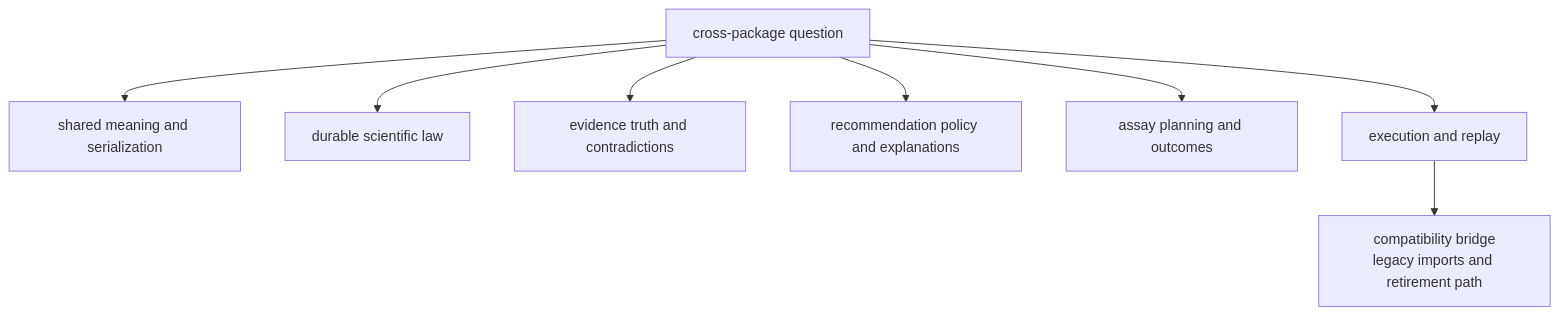
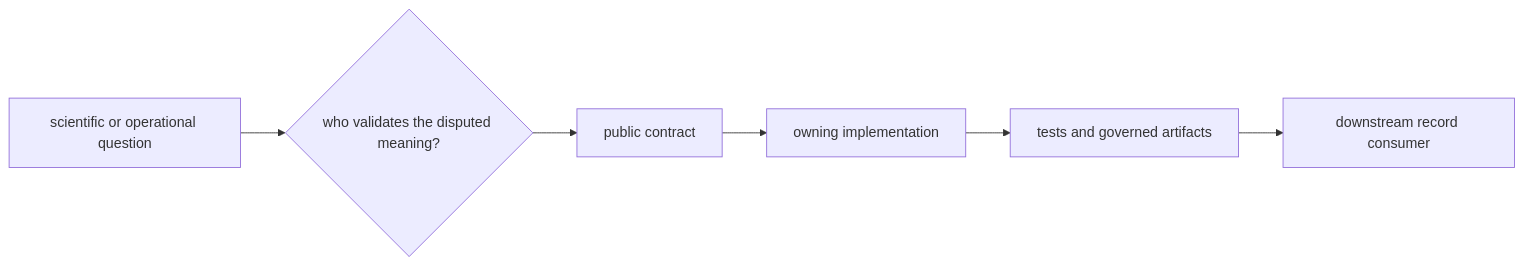
The diagram in docs/01-bijux-proteomics/foundation/package-map.md (bijux/bijux-proteomics), drawn with Mermaid before and after one commit. The commit also changed other lines of this file and 1 other file, not shown here.

Commit message:
docs(workflows): route ownership and evidence promotion

````diff
--- a/docs/01-bijux-proteomics/foundation/package-map.md
+++ b/docs/01-bijux-proteomics/foundation/package-map.md
@@ -24,19 +30,8 @@
 ```mermaid
-flowchart TB
-    question["cross-package question"]
-    foundation["shared meaning and serialization"]
-    core["durable scientific law"]
-    knowledge["evidence truth and contradictions"]
-    intelligence["recommendation policy and explanations"]
-    lab["assay planning and outcomes"]
-    runtime["execution and replay"]
-    bridge["compatibility bridge<br/>legacy imports and retirement path"]
-
-    question --> foundation
-    question --> core
-    question --> knowledge
-    question --> intelligence
-    question --> lab
-    question --> runtime
-    runtime --> bridge
+flowchart LR
+    question["scientific or operational question"] --> owner{"who validates the disputed meaning?"}
+    owner --> contract["public contract"]
+    contract --> implementation["owning implementation"]
+    implementation --> evidence["tests and governed artifacts"]
+    evidence --> consumer["downstream record consumer"]
 ```
````
